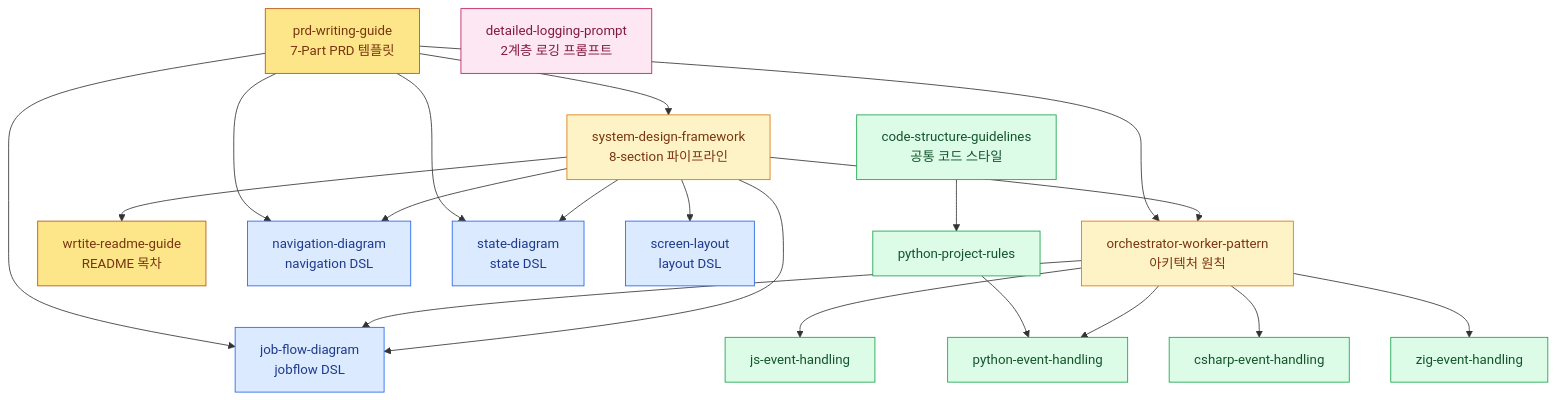
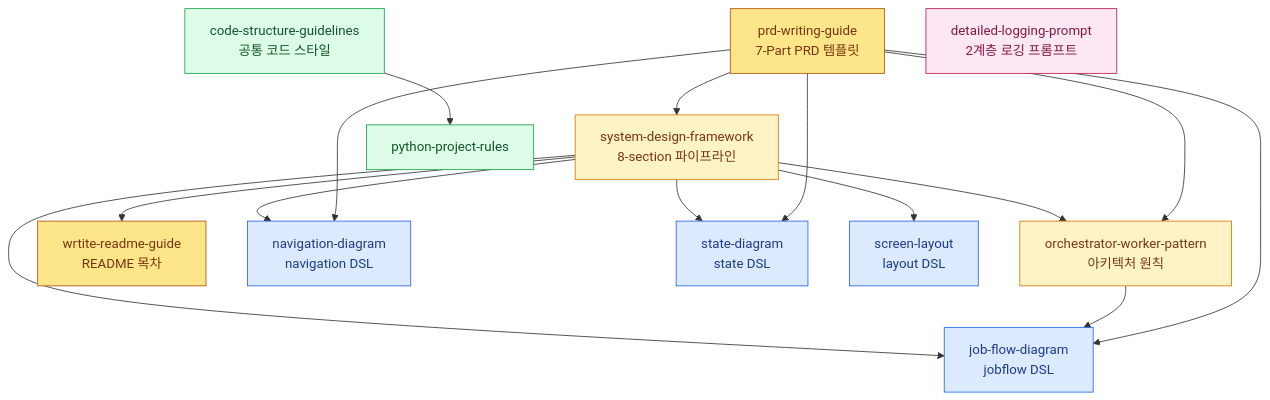
One commit to ryujt/project-guides changed the diagram in README.md. Above: the diagram before and after it, drawn with Mermaid. The commit also changed other lines of this file and 4 other files, not shown here.

````diff
--- a/README.md
+++ b/README.md
@@ -78,42 +69,36 @@
 ```mermaid
 flowchart TB
     SDF["system-design-framework<br/>8-section 파이프라인"]:::core
     OWP["orchestrator-worker-pattern<br/>아키텍처 원칙"]:::core
     PRD["prd-writing-guide<br/>7-Part PRD 템플릿"]:::spec
     README["wrtite-readme-guide<br/>README 목차"]:::spec
 
     JFD["job-flow-diagram<br/>jobflow DSL"]:::dsl
     NAV["navigation-diagram<br/>navigation DSL"]:::dsl
     STT["state-diagram<br/>state DSL"]:::dsl
     LAY["screen-layout<br/>layout DSL"]:::dsl
 
     CSG["code-structure-guidelines<br/>공통 코드 스타일"]:::impl
     PPR["python-project-rules"]:::impl
-    PY["python-event-handling"]:::impl
-    JS["js-event-handling"]:::impl
-    CS["csharp-event-handling"]:::impl
-    ZIG["zig-event-handling"]:::impl
 
     LOG["detailed-logging-prompt<br/>2계층 로깅 프롬프트"]:::ops
 
     SDF --> JFD & NAV & STT & LAY
     SDF --> OWP
     SDF --> README
     OWP --> JFD
-    OWP --> PY & JS & CS & ZIG
 
     PRD --> SDF
     PRD --> OWP
     PRD --> JFD
     PRD --> NAV
     PRD --> STT
 
     CSG --> PPR
-    PPR --> PY
 
     classDef core fill:#fef3c7,stroke:#d97706,color:#78350f
     classDef spec fill:#fde68a,stroke:#b45309,color:#78350f
     classDef dsl fill:#dbeafe,stroke:#2563eb,color:#1e3a8a
     classDef impl fill:#dcfce7,stroke:#16a34a,color:#14532d
     classDef ops fill:#fce7f3,stroke:#be185d,color:#831843
 ```
````
